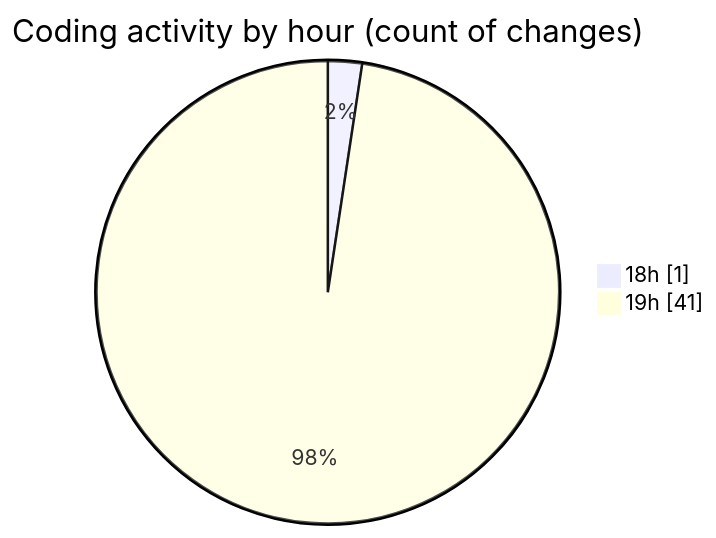
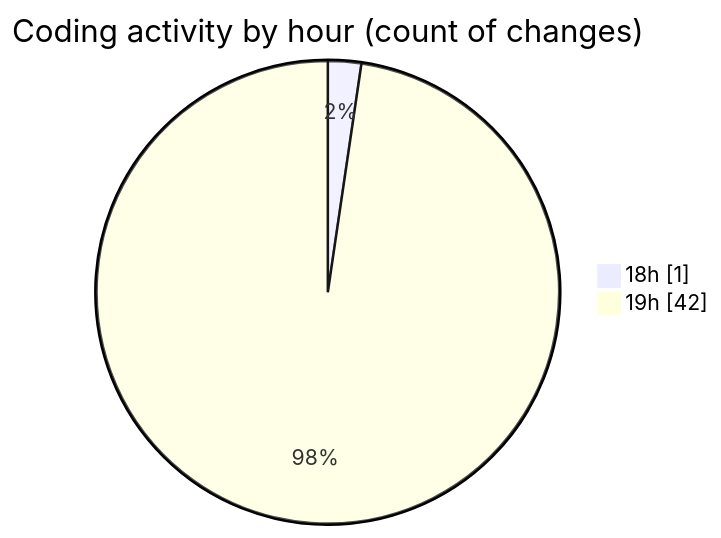
One commit to Netris89/code-tracking changed the second of 2 diagrams in 2025-03-30/front-end/README.md. Above: the diagram before and after it, drawn with Mermaid. The commit also changed other lines of this file and 1 other file, not shown here.

````diff
--- a/2025-03-30/front-end/README.md
+++ b/2025-03-30/front-end/README.md
@@ -34,6 +34,6 @@
 ```mermaid
 pie showData
 title Coding activity by hour (count of changes)
 "18h" : 1
-"19h" : 41
+"19h" : 42
 ```
````
